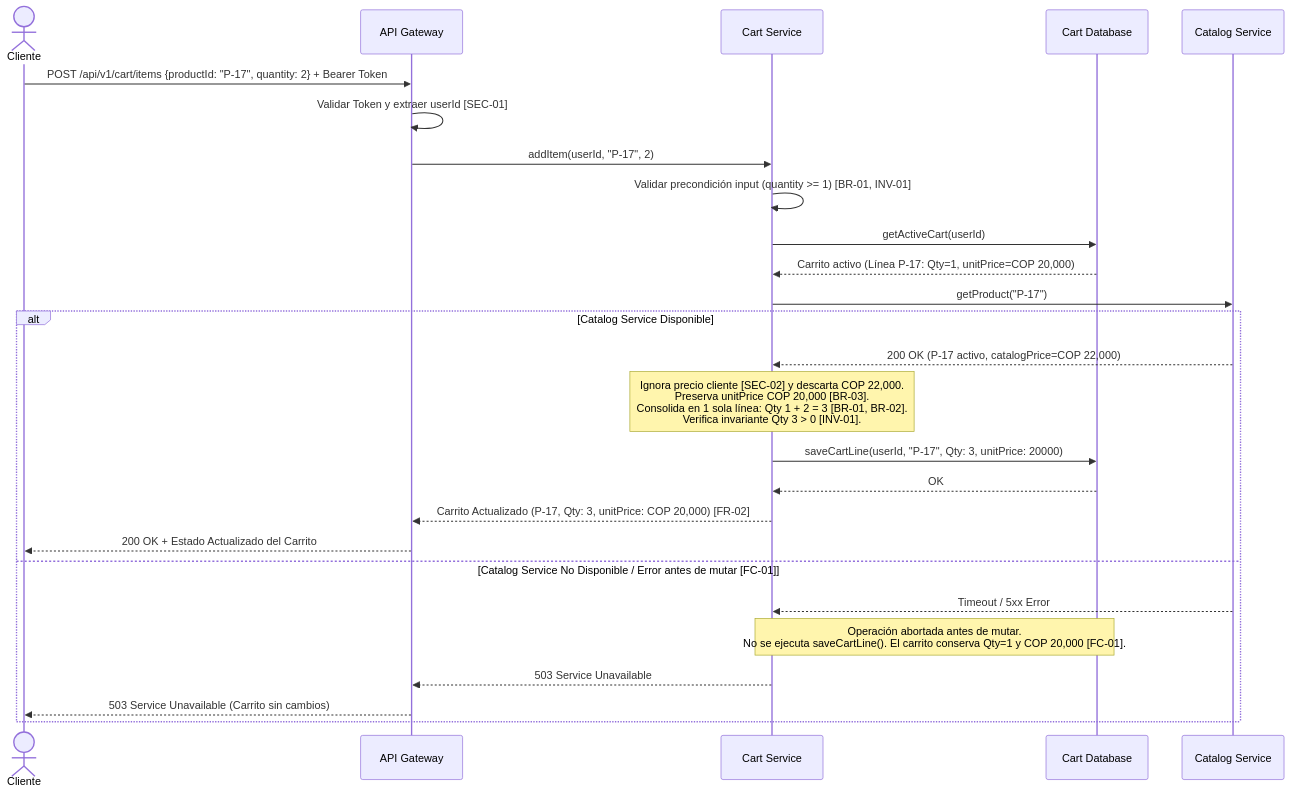
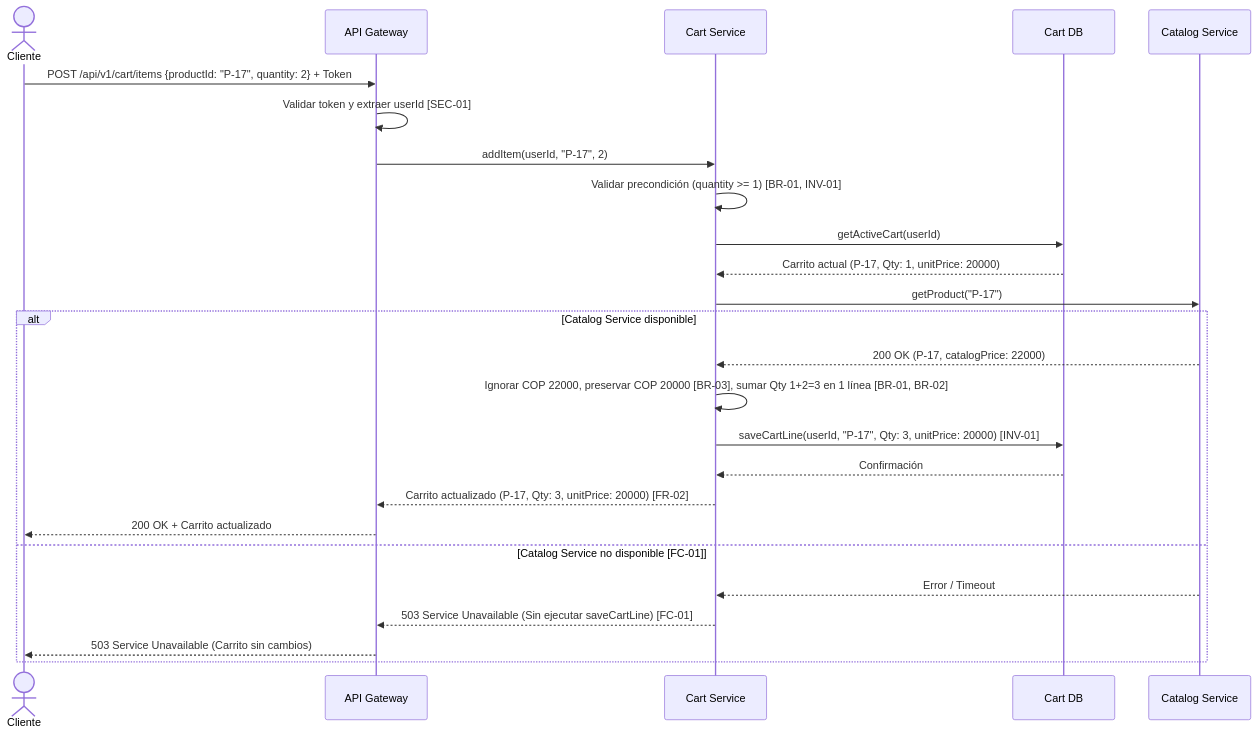
Before and after one commit to oscarmedina0116/proyecto_ingesoft: the diagram in Workshop/Class15_AI_Decision_Log_Template.md, drawn with Mermaid. The commit also changed other lines of this file, not shown here.

````diff
--- a/Workshop/Class15_AI_Decision_Log_Template.md
+++ b/Workshop/Class15_AI_Decision_Log_Template.md
@@ -88,32 +86,28 @@
 ```mermaid
 sequenceDiagram
     actor Cliente
     participant Gateway as API Gateway
     participant Cart as Cart Service
-    participant DB as Cart Database
+    participant DB as Cart DB
     participant Catalog as Catalog Service
 
-    Cliente->>Gateway: POST /api/v1/cart/items {productId: "P-17", quantity: 2} + Bearer Token
-    Gateway->>Gateway: Validar Token y extraer userId [SEC-01]
+    Cliente->>Gateway: POST /api/v1/cart/items {productId: "P-17", quantity: 2} + Token
+    Gateway->>Gateway: Validar token y extraer userId [SEC-01]
     Gateway->>Cart: addItem(userId, "P-17", 2)
-    
-    Cart->>Cart: Validar precondición input (quantity >= 1) [BR-01, INV-01]
+    Cart->>Cart: Validar precondición (quantity >= 1) [BR-01, INV-01]
     Cart->>DB: getActiveCart(userId)
-    DB-->>Cart: Carrito activo (Línea P-17: Qty=1, unitPrice=COP 20,000)
-    
+    DB-->>Cart: Carrito actual (P-17, Qty: 1, unitPrice: 20000)
     Cart->>Catalog: getProduct("P-17")
-    
-    alt Catalog Service Disponible
-        Catalog-->>Cart: 200 OK (P-17 activo, catalogPrice=COP 22,000)
-        Note over Cart: Ignora precio cliente [SEC-02] y descarta COP 22,000.<br/>Preserva unitPrice COP 20,000 [BR-03].<br/>Consolida en 1 sola línea: Qty 1 + 2 = 3 [BR-01, BR-02].<br/>Verifica invariante Qty 3 > 0 [INV-01].
-        Cart->>DB: saveCartLine(userId, "P-17", Qty: 3, unitPrice: 20000)
-        DB-->>Cart: OK
-        Cart-->>Gateway: Carrito Actualizado (P-17, Qty: 3, unitPrice: COP 20,000) [FR-02]
-        Gateway-->>Cliente: 200 OK + Estado Actualizado del Carrito
-    else Catalog Service No Disponible / Error antes de mutar [FC-01]
-        Catalog-->>Cart: Timeout / 5xx Error
-        Note over Cart,DB: Operación abortada antes de mutar.<br/>No se ejecuta saveCartLine(). El carrito conserva Qty=1 y COP 20,000 [FC-01].
-        Cart-->>Gateway: 503 Service Unavailable
+    alt Catalog Service disponible
+        Catalog-->>Cart: 200 OK (P-17, catalogPrice: 22000)
+        Cart->>Cart: Ignorar COP 22000, preservar COP 20000 [BR-03], sumar Qty 1+2=3 en 1 línea [BR-01, BR-02]
+        Cart->>DB: saveCartLine(userId, "P-17", Qty: 3, unitPrice: 20000) [INV-01]
+        DB-->>Cart: Confirmación
+        Cart-->>Gateway: Carrito actualizado (P-17, Qty: 3, unitPrice: 20000) [FR-02]
+        Gateway-->>Cliente: 200 OK + Carrito actualizado
+    else Catalog Service no disponible [FC-01]
+        Catalog-->>Cart: Error / Timeout
+        Cart-->>Gateway: 503 Service Unavailable (Sin ejecutar saveCartLine) [FC-01]
         Gateway-->>Cliente: 503 Service Unavailable (Carrito sin cambios)
     end
 ```
````
